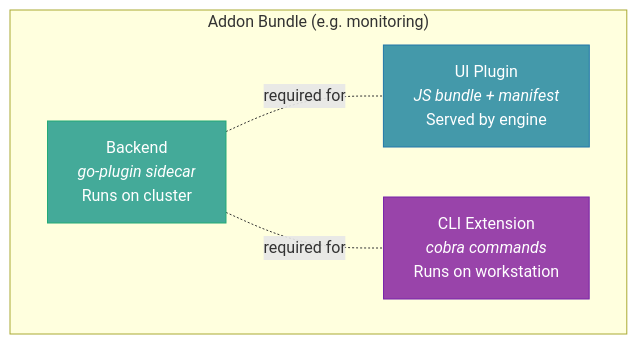
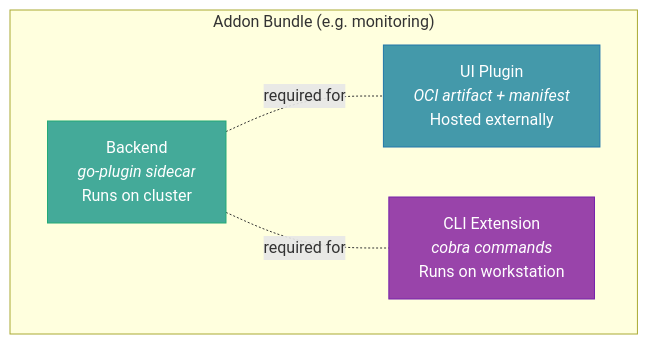
One commit to fleetshift/fleetshift-poc changed the first of 11 diagrams in docs/design/addon-ui-architecture.md. Above: the diagram before and after it, drawn with Mermaid. The commit also changed other lines of this file, not shown here.

Commit message:
docs(ui-addons): add OCI and decoupled CDN model

````diff
--- a/docs/design/addon-ui-architecture.md
+++ b/docs/design/addon-ui-architecture.md
@@ -20,16 +20,16 @@
 ```mermaid
 graph TB
     subgraph Bundle["Addon Bundle (e.g. monitoring)"]
         direction LR
         BE["Backend<br/><i>go-plugin sidecar</i><br/>Runs on cluster"]
-        UI["UI Plugin<br/><i>JS bundle + manifest</i><br/>Served by engine"]
+        UI["UI Plugin<br/><i>OCI artifact + manifest</i><br/>Hosted externally"]
         CLI["CLI Extension<br/><i>cobra commands</i><br/>Runs on workstation"]
     end
 
     BE -.-|"required for"| UI
     BE -.-|"required for"| CLI
 
     style BE fill:#4a9,stroke:#2a7,color:#fff
     style UI fill:#49a,stroke:#27a,color:#fff
     style CLI fill:#94a,stroke:#72a,color:#fff
 ```
````
